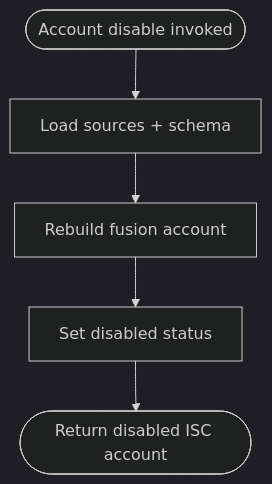
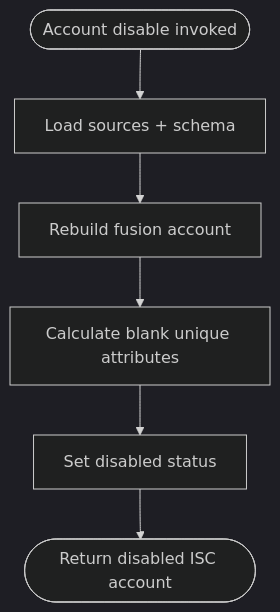
The diagram in docs/operations/account-disable.md (fernando-delosrios-sp/colab-saas-conn-sailpoint-identity-fusion), drawn with Mermaid (dark theme) before and after one commit. The commit also changed other lines of this file and 14 other files, not shown here.

First line of the commit message:
fix(definition-service): calculate blank unique attributes on refresh

````diff
--- a/docs/operations/account-disable.md
+++ b/docs/operations/account-disable.md
@@ -9,7 +9,8 @@
 ```mermaid
 flowchart TD
     Start([Account disable invoked]) --> Setup[Load sources + schema]
     Setup --> Rebuild[Rebuild fusion account]
-    Rebuild --> Disable[Set disabled status]
+    Rebuild --> Unique[Calculate blank unique attributes]
+    Unique --> Disable[Set disabled status]
     Disable --> Out([Return disabled ISC account])
 ```
````
